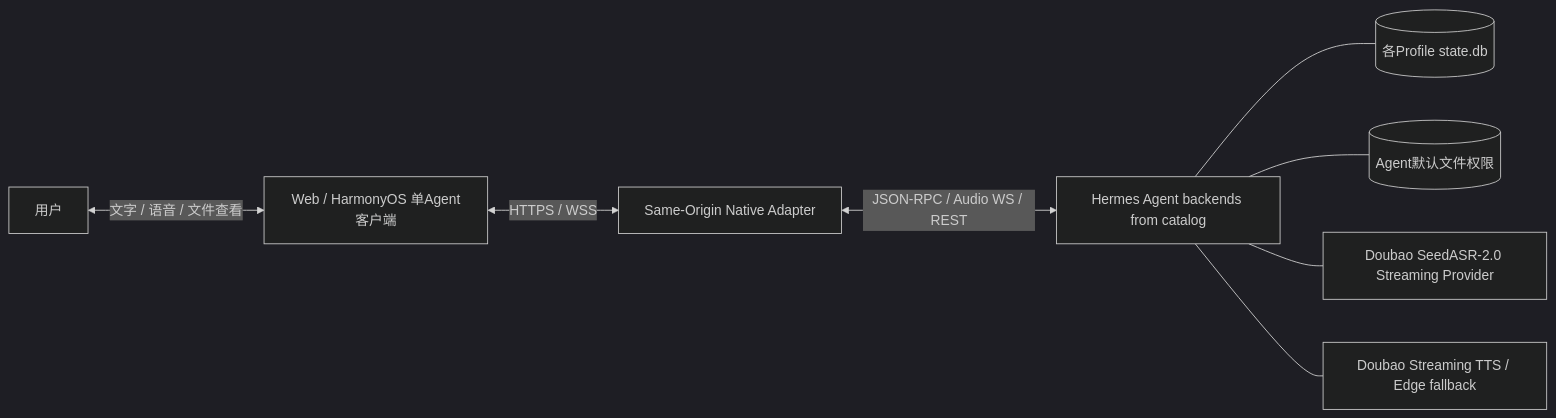
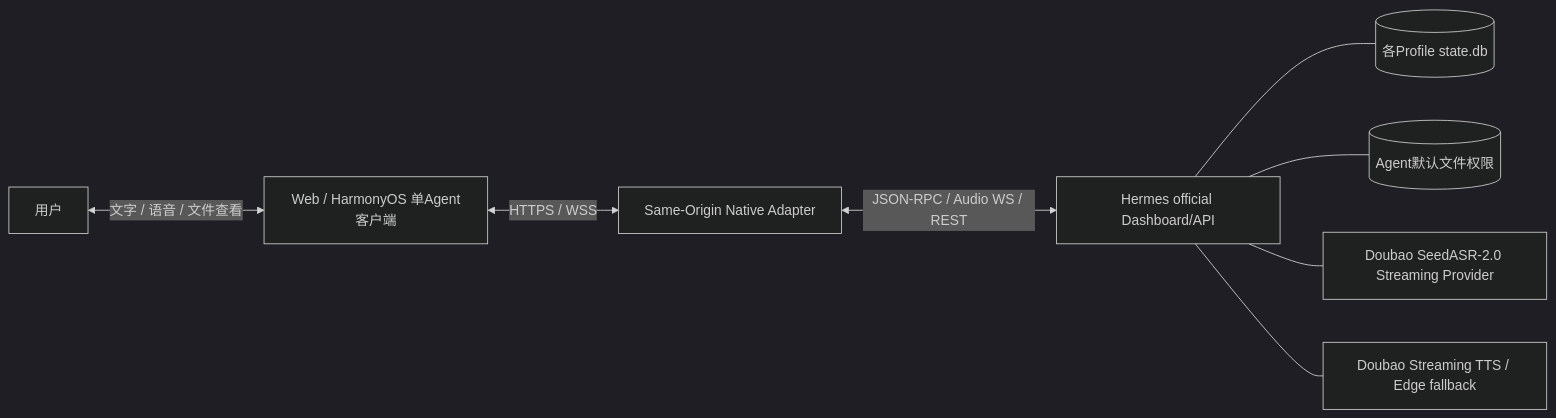
The first of 4 diagrams in docs/ARCHITECTURE.md (tdfydfy/daiworld-voice-single-agent), drawn with Mermaid (dark theme) before and after one commit. The commit also changed other lines of this file and 52 other files, not shown here.

````diff
--- a/docs/ARCHITECTURE.md
+++ b/docs/ARCHITECTURE.md
@@ -26,19 +26,19 @@
 ```mermaid
 flowchart LR
     U[用户]
     C[Web / HarmonyOS 单Agent客户端]
     A[Same-Origin Native Adapter]
-    H[Hermes Agent backends from catalog]
+    H[Hermes official Dashboard/API]
     DB[(各Profile state.db)]
     FS[(Agent默认文件权限)]
     ASR[Doubao SeedASR-2.0 Streaming Provider]
     TTS[Doubao Streaming TTS / Edge fallback]
 
     U <-->|文字 / 语音 / 文件查看| C
     C <-->|HTTPS / WSS| A
     A <-->|JSON-RPC / Audio WS / REST| H
     H --- DB
     H --- FS
     H --- ASR
     H --- TTS
 ```
````
